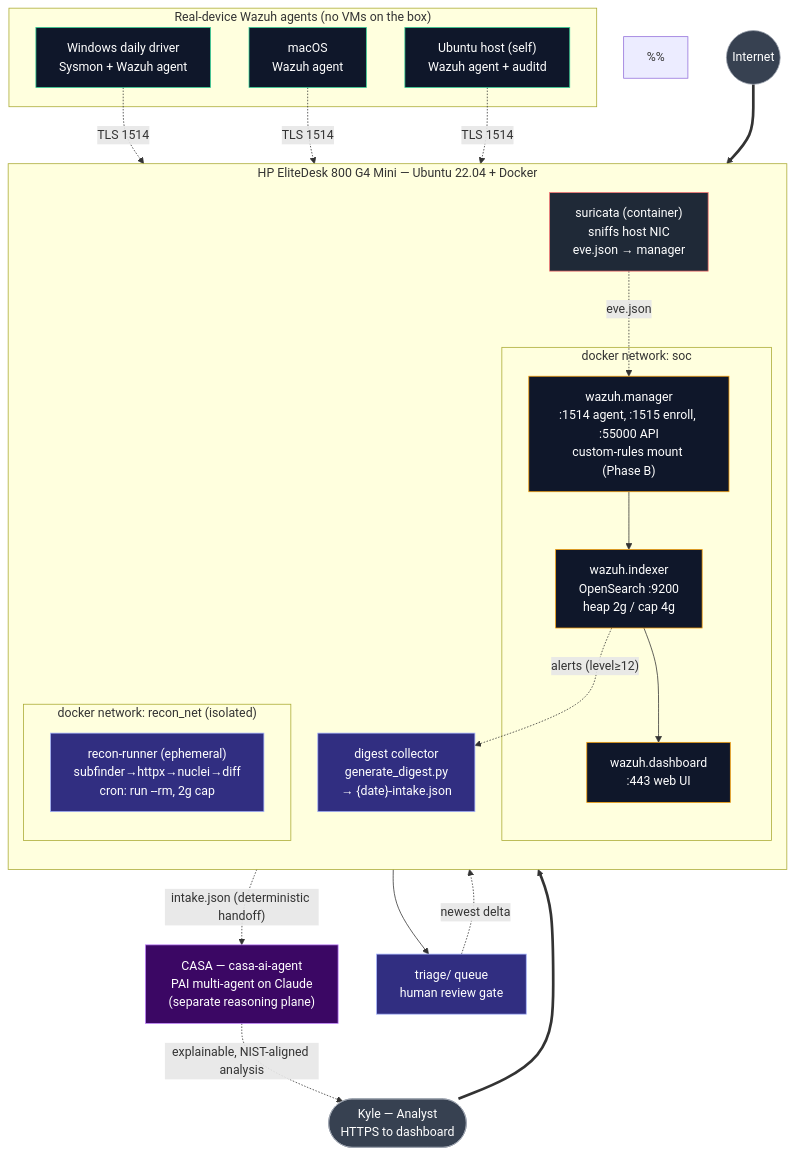
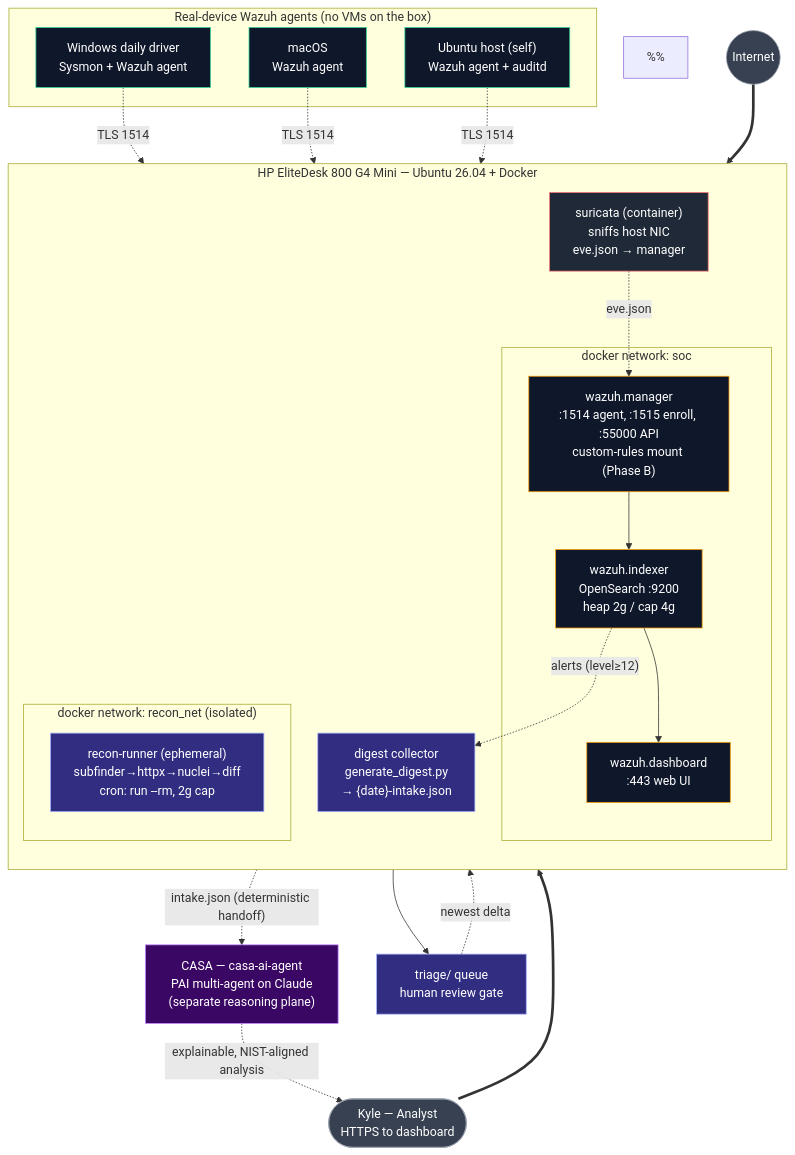
Before and after one commit to ktalons/talonsoclab: the diagram in phase-a-foundation/architecture.mmd, drawn with Mermaid.

Commit message:
diagram: architecture.mmd substrate 22.04 -> 26.04 (as-installed); link network-topology companion

```diff
--- a/phase-a-foundation/architecture.mmd
+++ b/phase-a-foundation/architecture.mmd
@@ -1,70 +1,71 @@
 flowchart TB
 %% TalonSocLab — Phase A Foundation SOC Stack (docker-compose edition)
 %% Single source of truth for the container topology + data flow.
+%% Companion: network-topology.mmd holds the physical / L2 network (router, switch, rack).
 %% Host: HP EliteDesk 800 G4 Mini (i5-8500T, 16 GB, 256 GB NVMe) — OWNED outright.
-%% Substrate: Ubuntu Server 22.04 LTS bare-metal + Docker (no Proxmox).
+%% Substrate: Ubuntu Server 26.04 LTS bare-metal + Docker (no Proxmox).
 %%
 %% PIVOT NOTE: the original Proxmox/pfSense/VLAN topology is archived under
 %%   phase-a-foundation/archive-proxmox/. This edition trades network realism
 %%   (pfSense, VLANs, Windows endpoint VMs) for portability + detection breadth.
 %% Endpoints are Wazuh agents on REAL devices, not VMs — keeps the 16 GB budget clear.
 
     Internet((Internet))
 
-    subgraph Host["HP EliteDesk 800 G4 Mini — Ubuntu 22.04 + Docker"]
+    subgraph Host["HP EliteDesk 800 G4 Mini — Ubuntu 26.04 + Docker"]
         direction TB
 
         subgraph SocNet["docker network: soc"]
             Indexer["wazuh.indexer<br/>OpenSearch :9200<br/>heap 2g / cap 4g"]
             Manager["wazuh.manager<br/>:1514 agent, :1515 enroll, :55000 API<br/>custom-rules mount (Phase B)"]
             Dashboard["wazuh.dashboard<br/>:443 web UI"]
         end
 
         Suricata["suricata (container)<br/>sniffs host NIC<br/>eve.json → manager"]
 
         subgraph ReconNet["docker network: recon_net (isolated)"]
             Recon["recon-runner (ephemeral)<br/>subfinder→httpx→nuclei→diff<br/>cron: run --rm, 2g cap"]
         end
 
         Digest["digest collector<br/>generate_digest.py<br/>→ {date}-intake.json"]
     end
 
     subgraph Endpoints["Real-device Wazuh agents (no VMs on the box)"]
         Win["Windows daily driver<br/>Sysmon + Wazuh agent"]
         Mac["macOS<br/>Wazuh agent"]
         UbuntuHost["Ubuntu host (self)<br/>Wazuh agent + auditd"]
     end
 
     Analyst(["Kyle — Analyst<br/>HTTPS to dashboard"])
     CASA["CASA — casa-ai-agent<br/>PAI multi-agent on Claude<br/>(separate reasoning plane)"]
     Triage["triage/ queue<br/>human review gate"]
 
     Internet ==> Host
     Win  -. "TLS 1514" .-> Manager
     Mac  -. "TLS 1514" .-> Manager
     UbuntuHost -. "TLS 1514" .-> Manager
     Suricata -. "eve.json" .-> Manager
 
     Manager --> Indexer
     Indexer --> Dashboard
     Analyst ==> Dashboard
 
     Recon --> Triage
     Indexer -. "alerts (level≥12)" .-> Digest
     Triage  -. "newest delta" .-> Digest
     Digest -. "intake.json (deterministic handoff)" .-> CASA
     CASA -. "explainable, NIST-aligned analysis" .-> Analyst
 
     classDef soc fill:#0f172a,stroke:#f59e0b,color:#fff
     classDef ids fill:#1f2937,stroke:#f87171,color:#fff
     classDef ep fill:#0f172a,stroke:#34d399,color:#fff
     classDef ext fill:#374151,stroke:#9ca3af,color:#fff
     classDef recon fill:#312e81,stroke:#a5b4fc,color:#fff
     classDef casa fill:#3b0764,stroke:#c084fc,color:#fff
 
     class Indexer,Manager,Dashboard soc
     class Suricata ids
     class Win,Mac,UbuntuHost ep
     class Internet,Analyst ext
     class Recon,Digest,Triage recon
     class CASA casa
```
